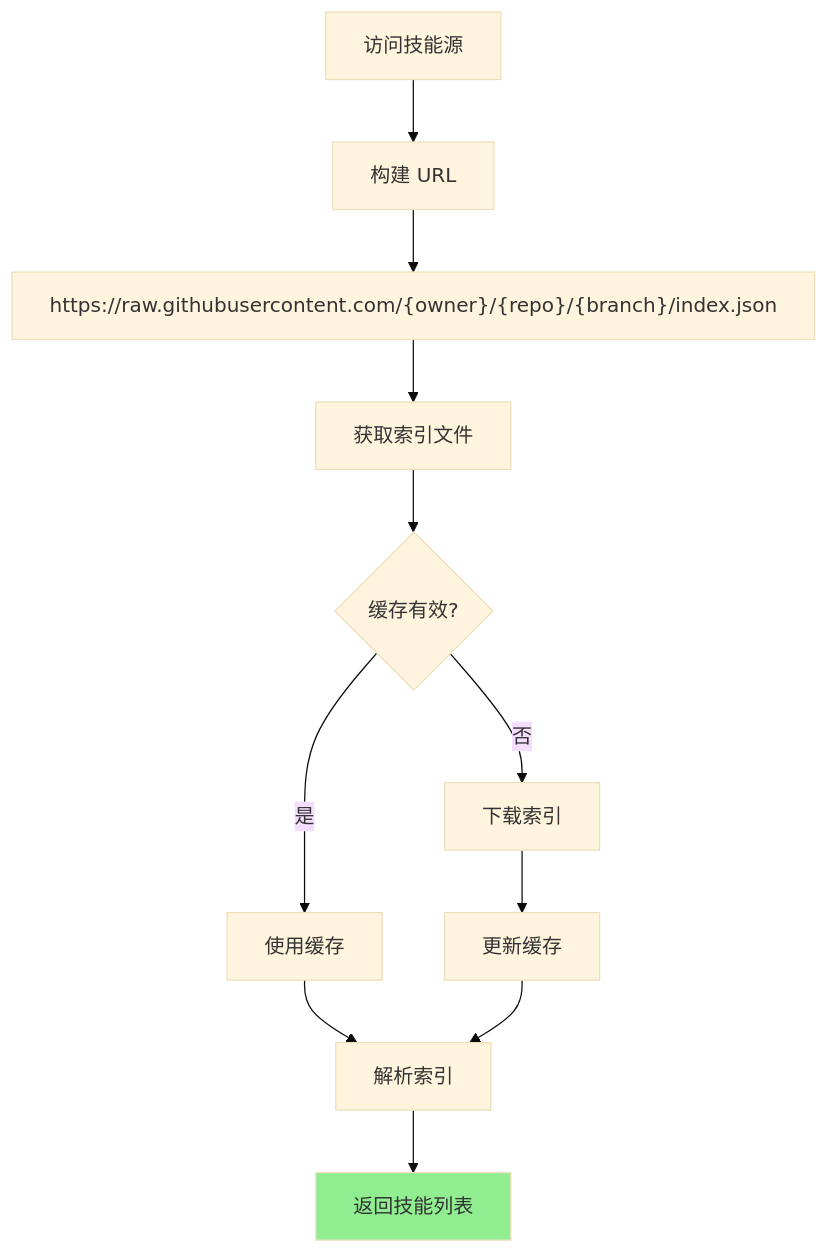
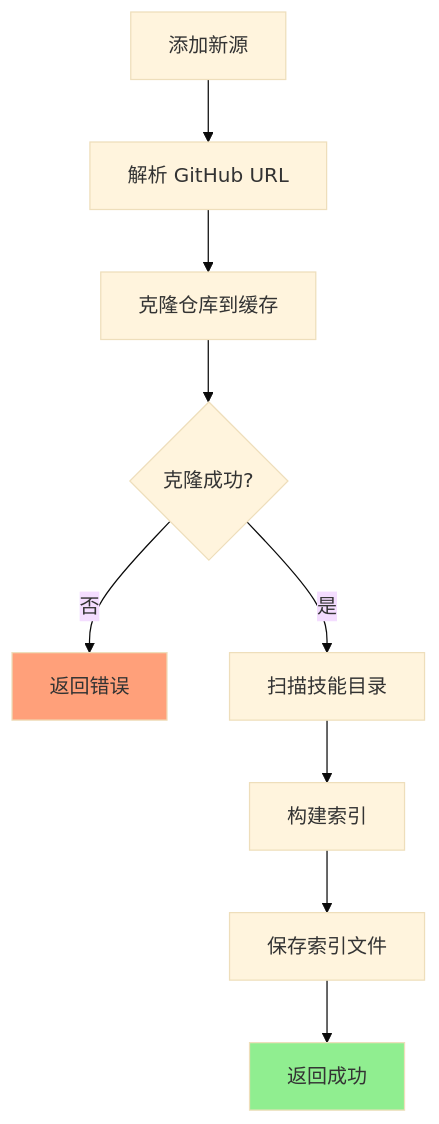
One commit to shetengteng/skillix-mcp changed diagram 17 of 32 in docs/02-设计/20260114-10-sx-market设计.md. Above: the diagram before and after it, drawn with Mermaid (base theme). The commit also changed other lines of this file and 2 other files, not shown here.

````diff
--- a/docs/02-设计/20260114-10-sx-market设计.md
+++ b/docs/02-设计/20260114-10-sx-market设计.md
@@ -547,19 +631,16 @@
 ```mermaid
 flowchart TD
-    A[访问技能源] --> B[构建 URL]
-    B --> C["https://raw.githubusercontent.com/{owner}/{repo}/{branch}/index.json"]
+    A[添加新源] --> B[解析 GitHub URL]
+    B --> C[克隆仓库到缓存]
+    C --> D{克隆成功?}
     
-    C --> D[获取索引文件]
-    D --> E{缓存有效?}
+    D -->|否| E[返回错误]
+    D -->|是| F[扫描技能目录]
     
-    E -->|是| F[使用缓存]
-    E -->|否| G[下载索引]
+    F --> G[构建索引]
+    G --> H[保存索引文件]
+    H --> I[返回成功]
     
-    F --> H[解析索引]
-    G --> I[更新缓存]
-    I --> H
-    
-    H --> J[返回技能列表]
-    
-    style J fill:#90EE90
+    style I fill:#90EE90
+    style E fill:#FFA07A
 ```
````
